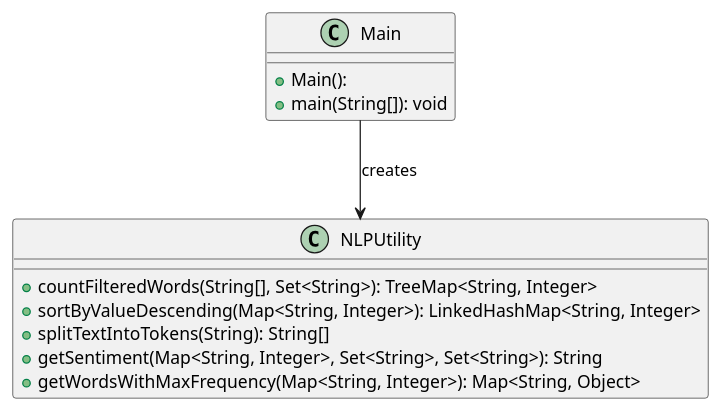
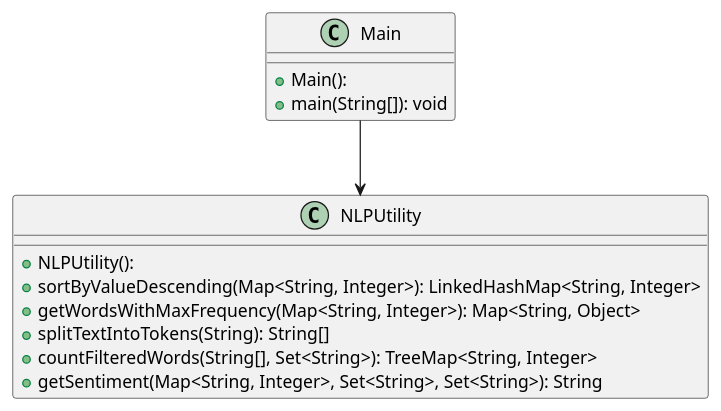
One commit to amatos/CMSC315 changed the diagram in project2/src/NLPUtility-class.puml. Above: the diagram before and after it, drawn with PlantUML. The commit also changed 28 other files, not shown here.

```diff
--- a/project2/src/NLPUtility-class.puml
+++ b/project2/src/NLPUtility-class.puml
@@ -1,17 +1,20 @@
 @startuml
-class NLPUtility {
-  + countFilteredWords(String[], Set<String>): TreeMap<String, Integer>
-  + sortByValueDescending(Map<String, Integer>): LinkedHashMap<String, Integer>
-  + splitTextIntoTokens(String): String[]
-  + getSentiment(Map<String, Integer>, Set<String>, Set<String>): String
-  + getWordsWithMaxFrequency(Map<String, Integer>): Map<String, Object>
-}
+
+top to bottom direction
+skinparam linetype ortho
 
 class Main {
   + Main():
   + main(String[]): void
 }
+class NLPUtility {
+  + NLPUtility():
+  + sortByValueDescending(Map<String, Integer>): LinkedHashMap<String, Integer>
+  + getWordsWithMaxFrequency(Map<String, Integer>): Map<String, Object>
+  + splitTextIntoTokens(String): String[]
+  + countFilteredWords(String[], Set<String>): TreeMap<String, Integer>
+  + getSentiment(Map<String, Integer>, Set<String>, Set<String>): String
+}
 
-Main --> NLPUtility : creates
-
+Main --> NLPUtility
 @enduml
```
